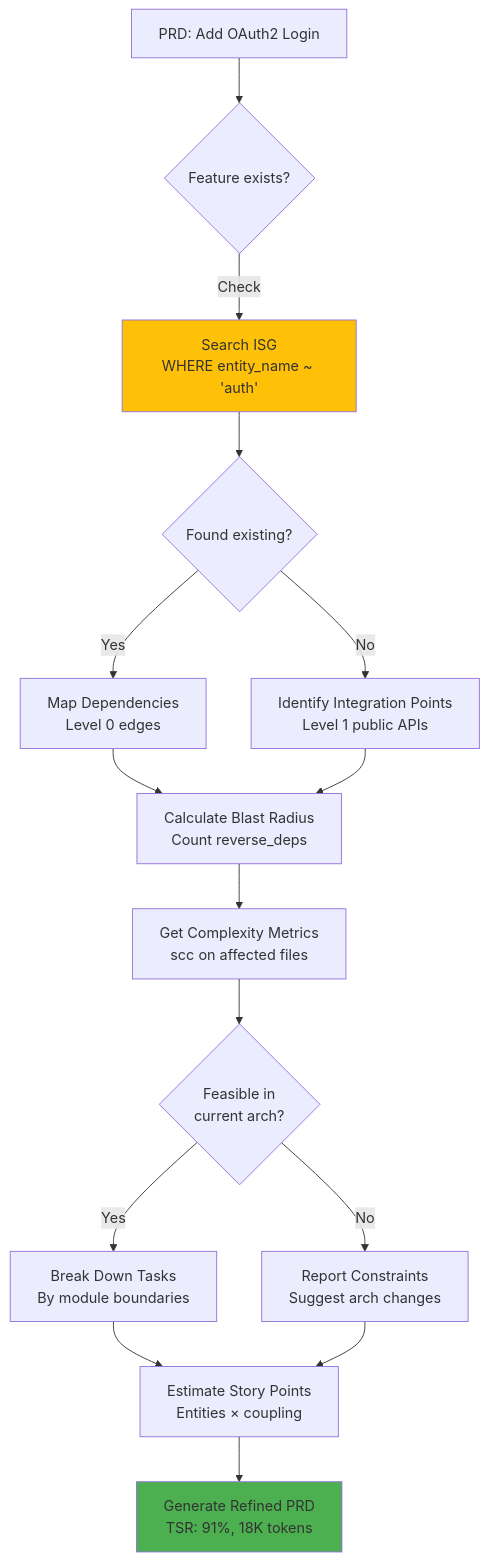
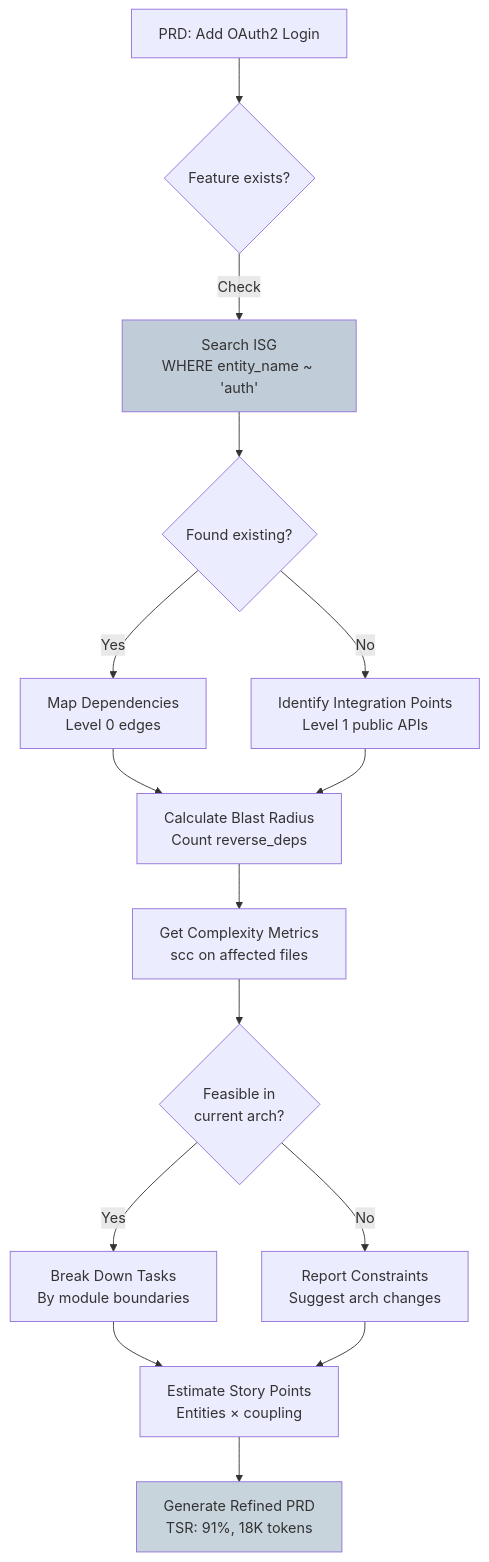
One commit to that-in-rust/parseltongue changed the fourth of 8 diagrams in .claude/parseltongue-ultrathink.md. Above: the diagram before and after it, drawn with Mermaid. The commit also changed other lines of this file, not shown here.

First line of the commit message:
style(ultrathink): Replace bright mermaid colors with soothing blue-gray palette

````diff
--- a/.claude/parseltongue-ultrathink.md
+++ b/.claude/parseltongue-ultrathink.md
@@ -255,20 +255,20 @@
   ```mermaid
   flowchart TD
       A[PRD: Add OAuth2 Login] --> B{Feature exists?}
       B -->|Check| C[Search ISG<br/>WHERE entity_name ~ 'auth']
       C --> D{Found existing?}
       D -->|Yes| E[Map Dependencies<br/>Level 0 edges]
       D -->|No| F[Identify Integration Points<br/>Level 1 public APIs]
       E --> G[Calculate Blast Radius<br/>Count reverse_deps]
       F --> G
       G --> H[Get Complexity Metrics<br/>scc on affected files]
       H --> I{Feasible in<br/>current arch?}
       I -->|Yes| J[Break Down Tasks<br/>By module boundaries]
       I -->|No| K[Report Constraints<br/>Suggest arch changes]
       J --> L[Estimate Story Points<br/>Entities × coupling]
       K --> L
       L --> M[Generate Refined PRD<br/>TSR: 91%, 18K tokens]
 
-      style C fill:#FFC107
-      style M fill:#4CAF50
+      style C fill:#C0CCD8
+      style M fill:#C8D4DC
   ```
````
